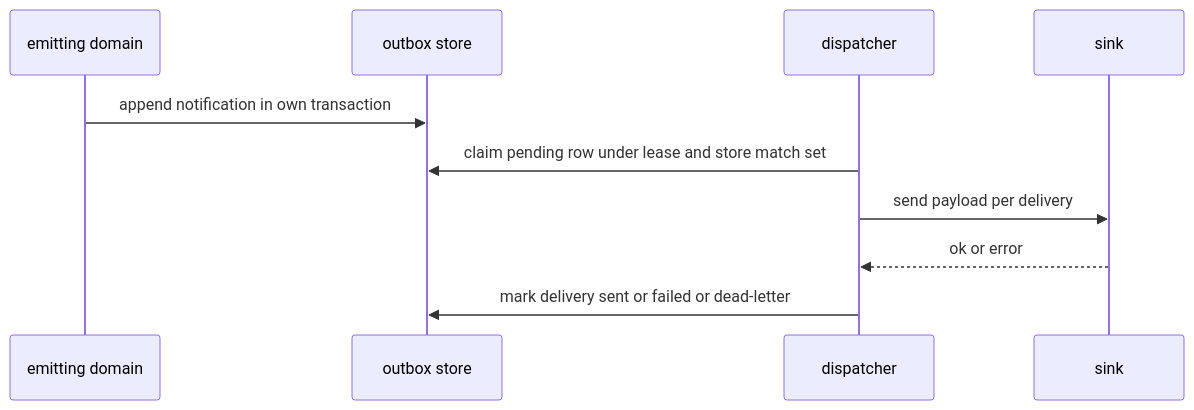
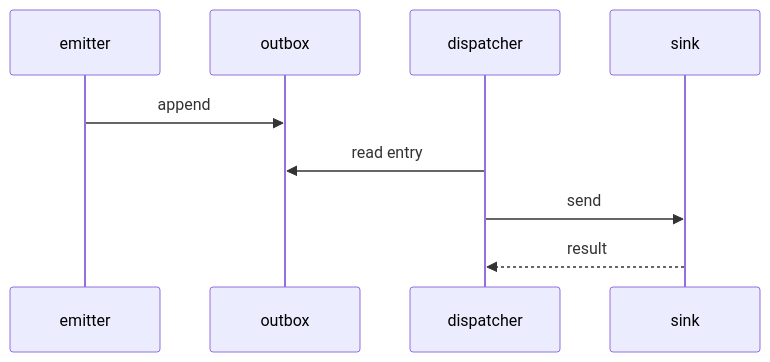
One commit to OpenDustpan/OpenDustpan changed the first of 5 diagrams in openspec/changes/chat-a2-outbox-deliveries-dispatcher/design.md. Above: the diagram before and after it, drawn with Mermaid. The commit also changed other lines of this file and 35 other files, not shown here.

````diff
--- a/openspec/changes/chat-a2-outbox-deliveries-dispatcher/design.md
+++ b/openspec/changes/chat-a2-outbox-deliveries-dispatcher/design.md
@@ -27,12 +24,11 @@
 ```mermaid
 sequenceDiagram
-participant E as emitting domain
-participant O as outbox store
+participant E as emitter
+participant O as outbox
 participant D as dispatcher
 participant S as sink
-E->>O: append notification in own transaction
-D->>O: claim pending row under lease and store match set
-D->>S: send payload per delivery
-S-->>D: ok or error
-D->>O: mark delivery sent or failed or dead-letter
+E->>O: append
+D->>O: read entry
+D->>S: send
+S-->>D: result
 ```
````
